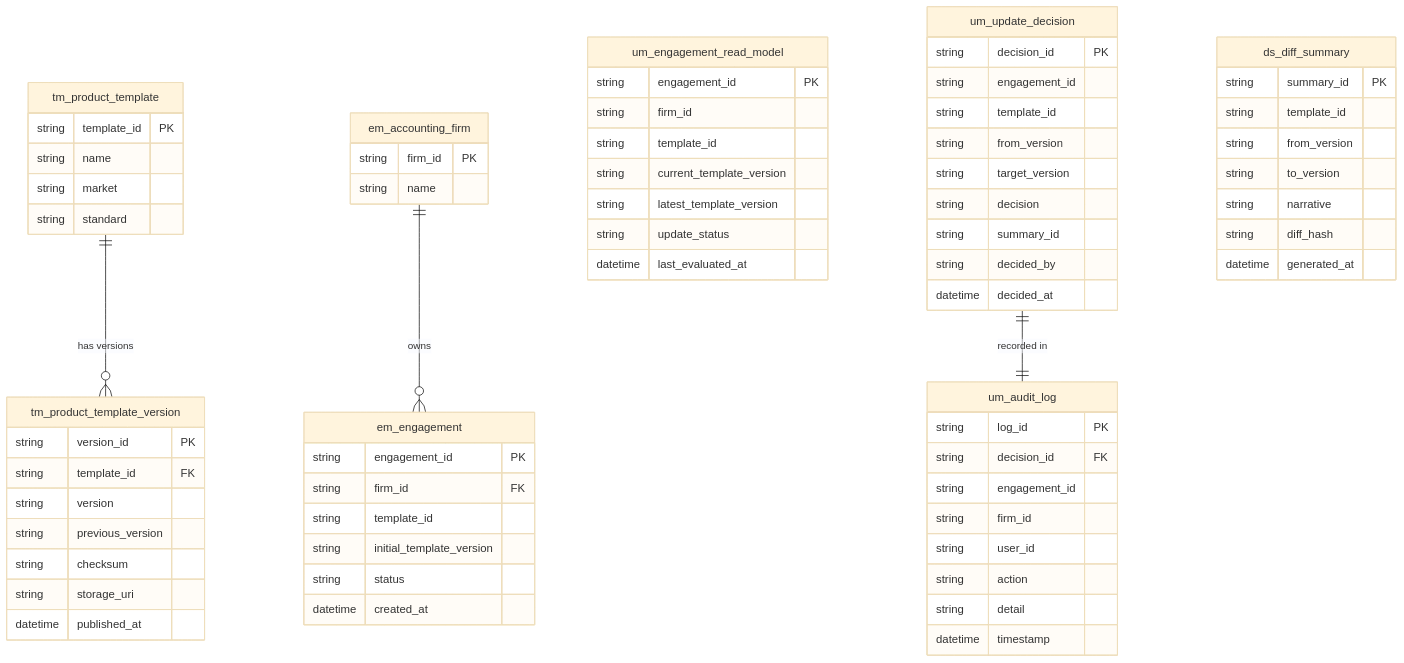
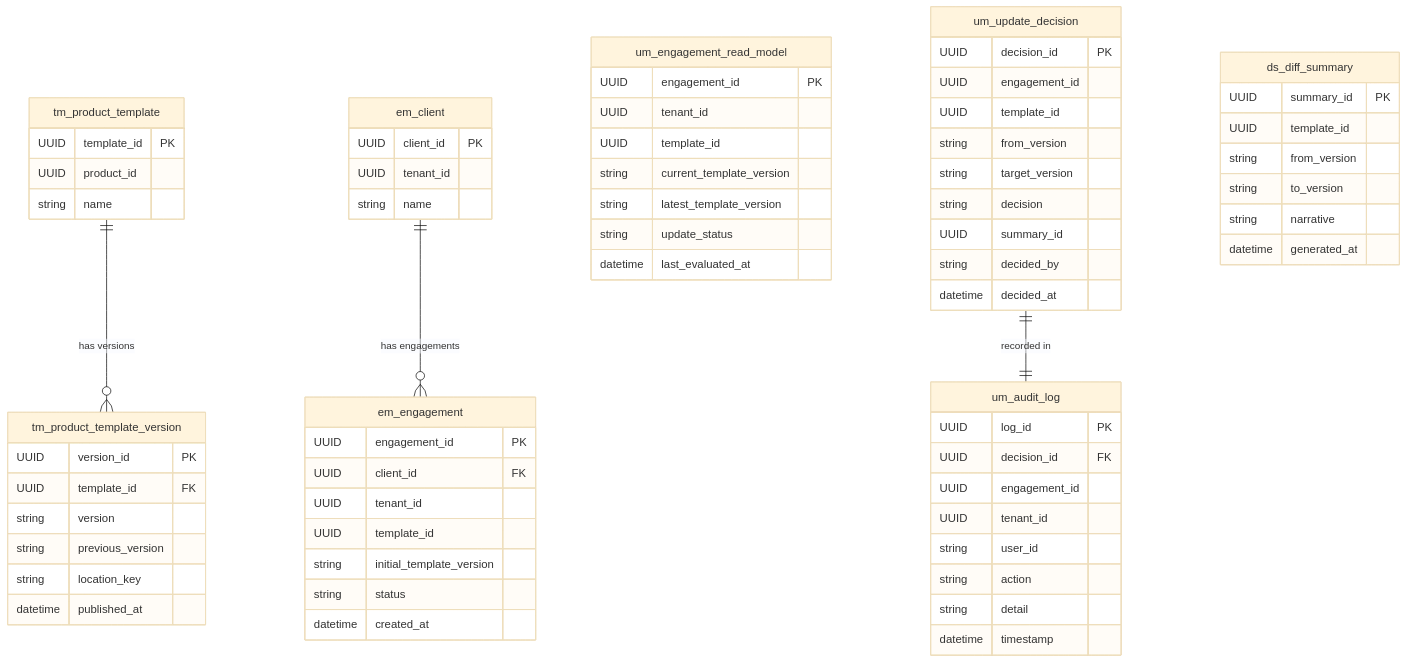
One commit to jose-foronda/caseware_test_2026_09 changed the diagram in architecture/erd.md. Above: the diagram before and after it, drawn with Mermaid (base theme). The commit also changed other lines of this file, not shown here.

Commit message:
refining erd

````diff
--- a/architecture/erd.md
+++ b/architecture/erd.md
@@ -29,90 +31,89 @@
     %% ─── tm (Template Management) ──────────────────────────────────────
 
     tm_product_template {
-        string template_id PK
+        UUID   template_id PK
+        UUID   product_id
         string name
-        string market
-        string standard
     }
 
     tm_product_template_version {
-        string version_id       PK
-        string template_id      FK
-        string version
-        string previous_version
-        string checksum
-        string storage_uri
+        UUID     version_id      PK
+        UUID     template_id     FK
+        string   version
+        string   previous_version
+        string   location_key
         datetime published_at
     }
 
     %% ─── em (Engagement Management) ────────────────────────────────────
 
-    em_accounting_firm {
-        string firm_id PK
+    em_client {
+        UUID   client_id  PK
+        UUID   tenant_id
         string name
     }
 
     em_engagement {
-        string engagement_id            PK
-        string firm_id                  FK
-        string template_id
-        string initial_template_version
-        string status
+        UUID     engagement_id           PK
+        UUID     client_id               FK
+        UUID     tenant_id
+        UUID     template_id
+        string   initial_template_version
+        string   status
         datetime created_at
     }
 
     %% ─── um (Update Management) ─────────────────────────────────────────
 
     um_engagement_read_model {
-        string engagement_id            PK
-        string firm_id
-        string template_id
-        string current_template_version
-        string latest_template_version
-        string update_status
+        UUID     engagement_id            PK
+        UUID     tenant_id
+        UUID     template_id
+        string   current_template_version
+        string   latest_template_version
+        string   update_status
         datetime last_evaluated_at
     }
 
     um_update_decision {
-        string decision_id   PK
-        string engagement_id
-        string template_id
-        string from_version
-        string target_version
-        string decision
-        string summary_id
-        string decided_by
+        UUID     decision_id  PK
+        UUID     engagement_id
+        UUID     template_id
+        string   from_version
+        string   target_version
+        string   decision
+        UUID     summary_id
+        string   decided_by
         datetime decided_at
     }
 
     um_audit_log {
-        string log_id        PK
-        string decision_id   FK
-        string engagement_id
-        string firm_id
-        string user_id
-        string action
-        string detail
+        UUID     log_id       PK
+        UUID     decision_id  FK
+        UUID     engagement_id
+        UUID     tenant_id
+        string   user_id
+        string   action
+        string   detail
         datetime timestamp
     }
 
     %% ─── ds (Diff & Summary) ────────────────────────────────────────────
 
     ds_diff_summary {
-        string summary_id   PK
-        string template_id
-        string from_version
-        string to_version
-        string narrative
-        string diff_hash
+        UUID     summary_id  PK
+        UUID     template_id
+        string   from_version
+        string   to_version
+        string   narrative
         datetime generated_at
     }
 
     %% ─── Relationships (within schema only) ────────────────────────────
 
-    tm_product_template         ||--o{ tm_product_template_version : "has versions"
+    tm_product_template      ||--o{ tm_product_template_version : "has versions"
 
-    em_accounting_firm          ||--o{ em_engagement               : "owns"
+    em_client                ||--o{ em_engagement               : "has engagements"
 
-    um_update_decision          ||--|| um_audit_log                : "recorded in"
+    um_update_decision       ||--|| um_audit_log                : "recorded in"
 ```
````
